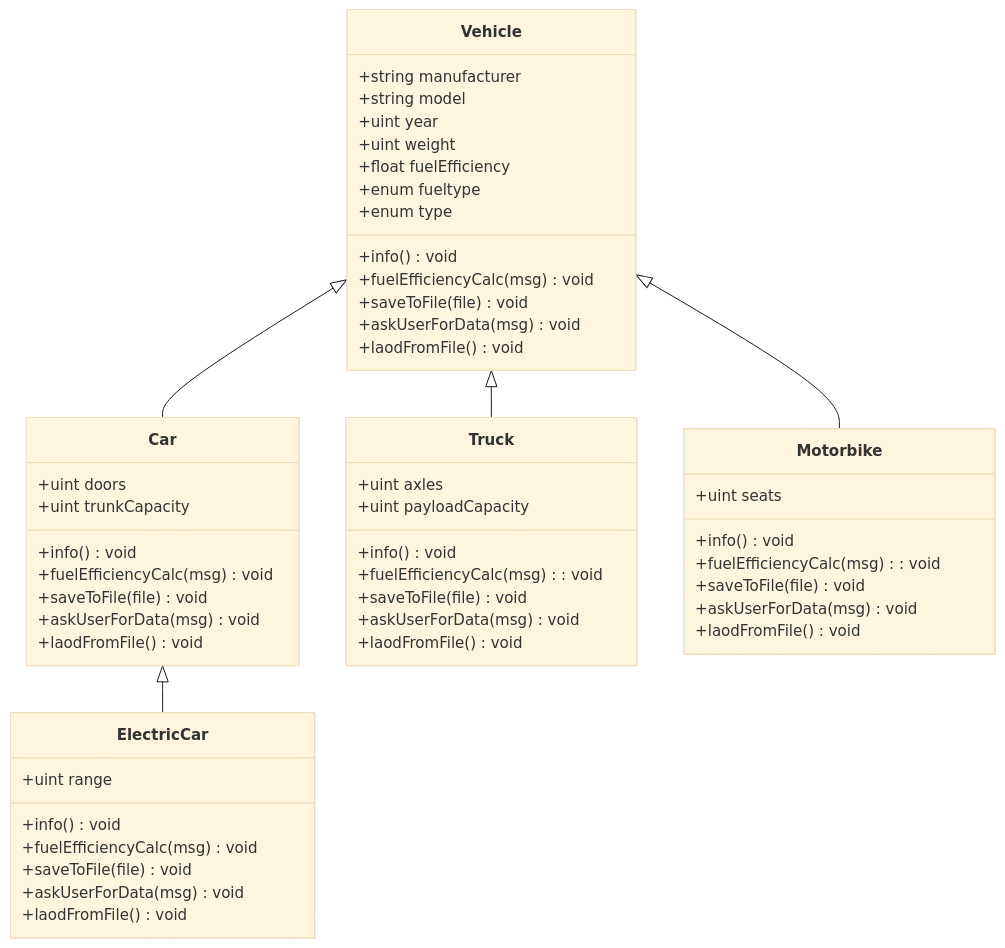
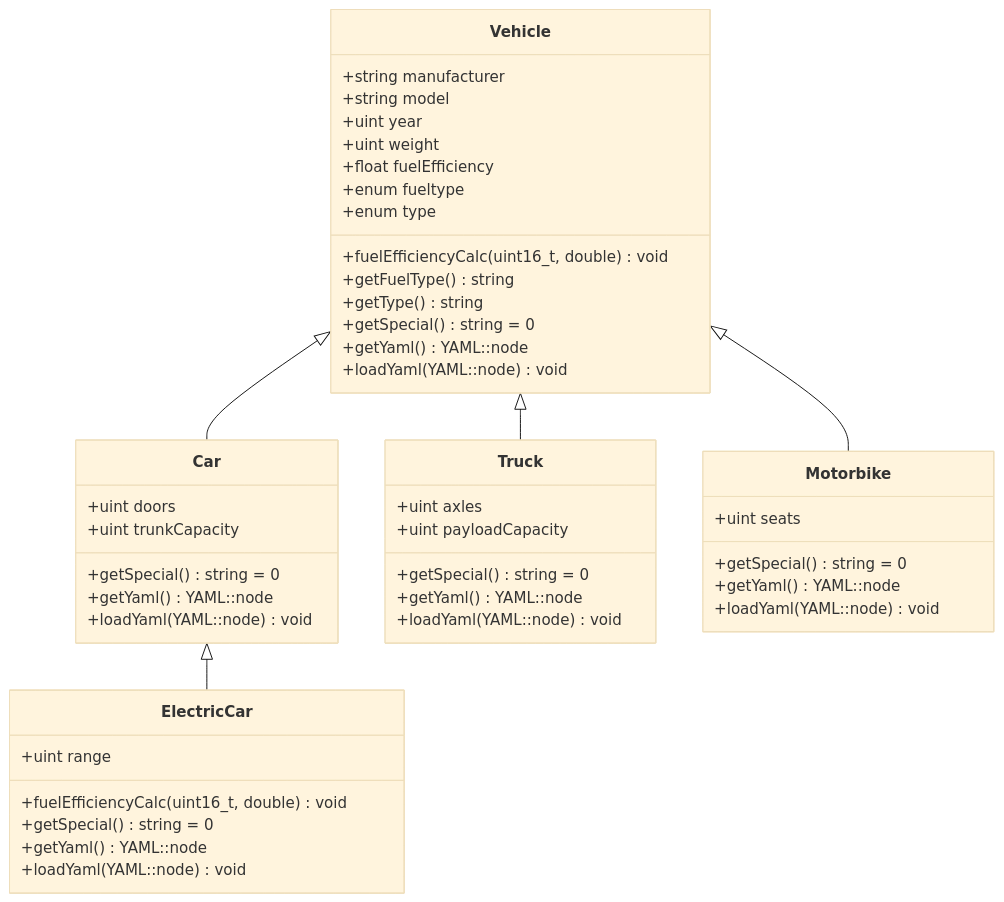
The first of 3 diagrams in FinalProject/Readme.md (asamaranch78/swatcplusplus25Q4), drawn with Mermaid (base theme) before and after one commit. The commit also changed other lines of this file and 3 other files, not shown here.

````diff
--- a/FinalProject/Readme.md
+++ b/FinalProject/Readme.md
@@ -56,60 +56,59 @@
 ```mermaid
 classDiagram
 	Vehicle <|-- Car
 	Vehicle <|-- Truck
 	Car <|-- ElectricCar
 	Vehicle <|-- Motorbike
 	
 	class Vehicle {
 		+string manufacturer
 		+string model
 		+uint year
 		+uint weight
 		+float fuelEfficiency
 		+enum fueltype
 		+enum type
-		+info() void
-		+fuelEfficiencyCalc(msg) void
-        +saveToFile(file) void
-        +askUserForData(msg) void
-        +laodFromFile() void
+
+		+fuelEfficiencyCalc(uint16_t, double) void
+        +getFuelType() string
+        +getType() string
+        +getSpecial() string = 0
+        +getYaml() YAML::node
+        +loadYaml(YAML::node) void
 	}
 
 	class Car {
 		+uint doors
 		+uint trunkCapacity
-		+info() void
-		+fuelEfficiencyCalc(msg) void
-        +saveToFile(file) void
-        +askUserForData(msg) void
-        +laodFromFile() void
+
+        +getSpecial() string = 0
+        +getYaml() YAML::node
+        +loadYaml(YAML::node) void
 	}
 
 	class ElectricCar {
 		+uint range
-		+info() void
-		+fuelEfficiencyCalc(msg) void
-        +saveToFile(file) void
-        +askUserForData(msg) void
-        +laodFromFile() void
+
+		+fuelEfficiencyCalc(uint16_t, double) void
+        +getSpecial() string = 0
+        +getYaml() YAML::node
+        +loadYaml(YAML::node) void
 	}
 
 	class Truck {
 		+uint axles
 		+uint payloadCapacity
-		+info() void
-		+fuelEfficiencyCalc(msg): void
-        +saveToFile(file) void
-        +askUserForData(msg) void
-        +laodFromFile() void
+
+        +getSpecial() string = 0
+        +getYaml() YAML::node
+        +loadYaml(YAML::node) void
 	}
 
 	class Motorbike {
 		+uint seats
-		+info() void
-		+fuelEfficiencyCalc(msg): void
-        +saveToFile(file) void
-        +askUserForData(msg) void
-        +laodFromFile() void
+
+        +getSpecial() string = 0
+        +getYaml() YAML::node
+        +loadYaml(YAML::node) void
 	}
 ```
````
